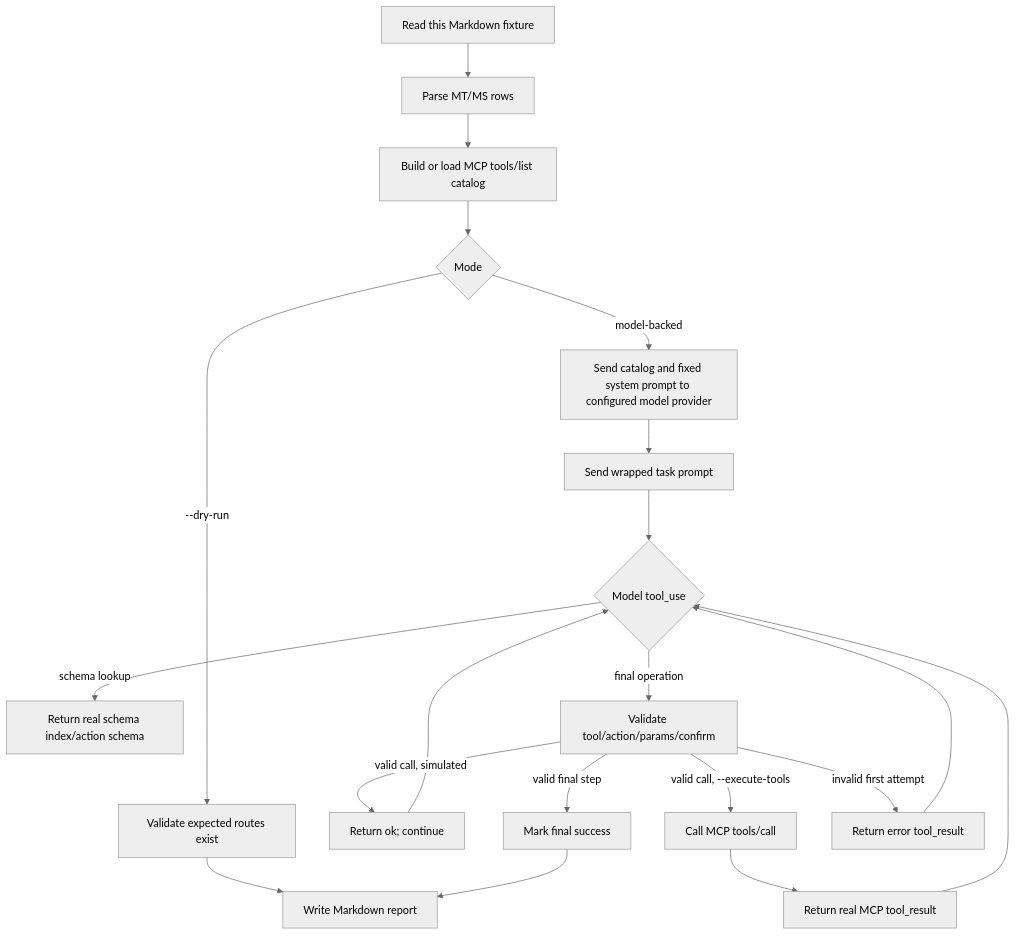
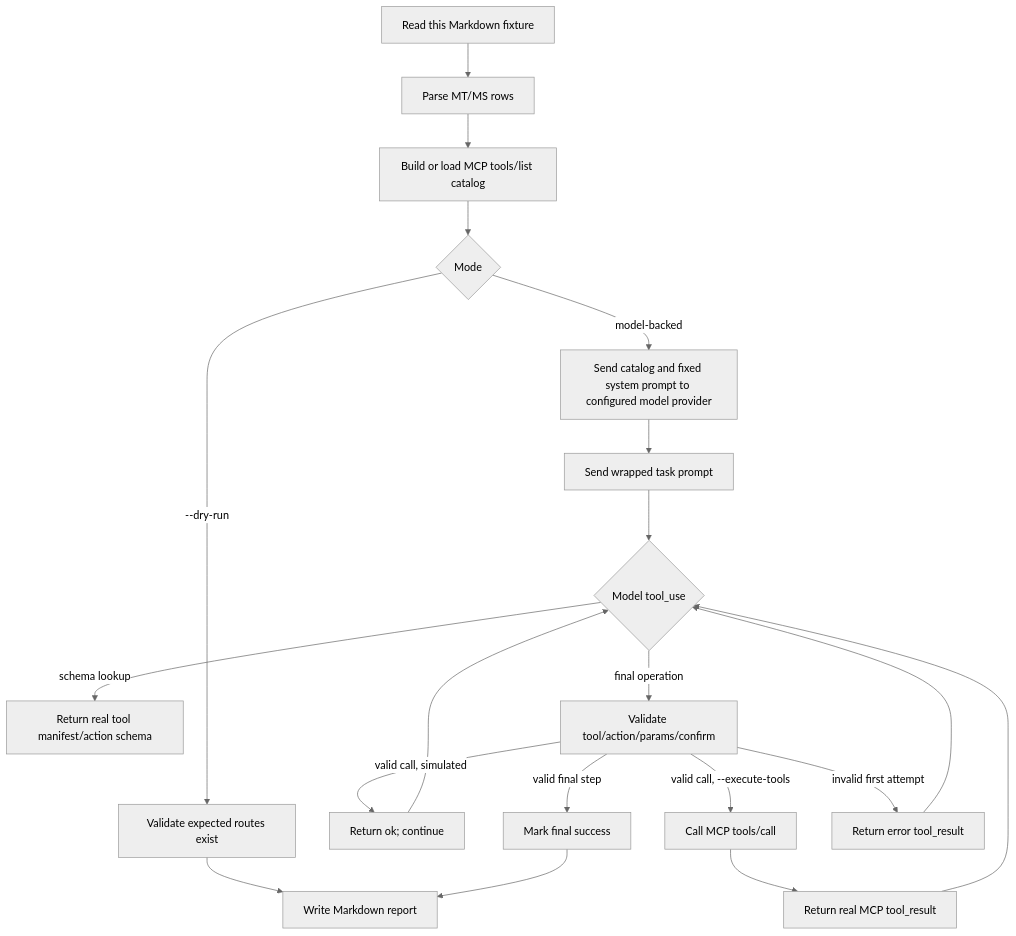
Before and after one commit to jmrplens/gitlab-mcp-server: the diagram in cmd/eval_mcp_surfaces/testdata/automated-mcp-surface-cases.md, drawn with Mermaid (neutral theme). The commit also changed other lines of this file and 19 other files, not shown here.

````diff
--- a/cmd/eval_mcp_surfaces/testdata/automated-mcp-surface-cases.md
+++ b/cmd/eval_mcp_surfaces/testdata/automated-mcp-surface-cases.md
@@ -119,22 +119,22 @@
 ```mermaid
 flowchart TD
     A[Read this Markdown fixture] --> B[Parse MT/MS rows]
     B --> C[Build or load MCP tools/list catalog]
     C --> D{Mode}
     D -->|--dry-run| E[Validate expected routes exist]
     D -->|model-backed| F[Send catalog and fixed system prompt to configured model provider]
     F --> G[Send wrapped task prompt]
     G --> H{Model tool_use}
-    H -->|schema lookup| I[Return real schema index/action schema]
+    H -->|schema lookup| I[Return real tool manifest/action schema]
     H -->|final operation| J[Validate tool/action/params/confirm]
     J -->|valid call, simulated| K[Return ok; continue]
     J -->|valid call, --execute-tools| O[Call MCP tools/call]
     O --> P[Return real MCP tool_result]
     P --> H
     K --> H
     J -->|valid final step| L[Mark final success]
     J -->|invalid first attempt| M[Return error tool_result]
     M --> H
     E --> N[Write Markdown report]
     L --> N
 ```
````
